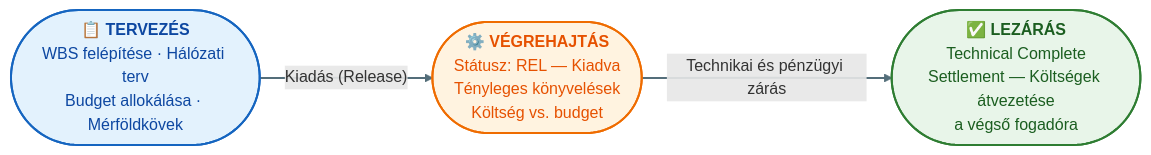
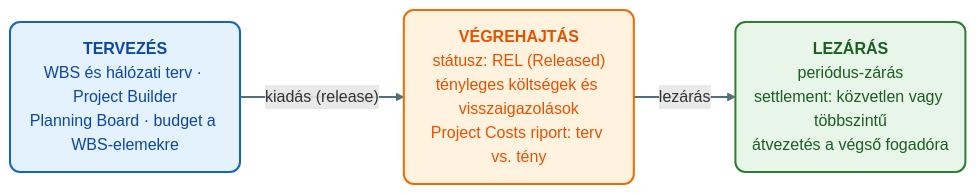
The second of 4 diagrams in Tételek/V15-GMXIV2MBLF-ERP projektmenedzsment és üzemeltetés.tétel.md (denespocsik/MM_BSC_Zarovizsga), drawn with Mermaid before and after one commit. The commit also changed other lines of this file and 2 other files, not shown here.

````diff
--- a/Tételek/V15-GMXIV2MBLF-ERP projektmenedzsment és üzemeltetés.tétel.md
+++ b/Tételek/V15-GMXIV2MBLF-ERP projektmenedzsment és üzemeltetés.tétel.md
@@ -91,15 +97,15 @@
 ```mermaid
 flowchart LR
-    T(["📋 <b>TERVEZÉS</b><br/>WBS felépítése · Hálózati terv<br/>Budget allokálása · Mérföldkövek"]):::kek
-    V(["⚙️ <b>VÉGREHAJTÁS</b><br/>Státusz: REL — Kiadva<br/>Tényleges könyvelések<br/>Költség vs. budget"]):::narancs
-    L(["✅ <b>LEZÁRÁS</b><br/>Technical Complete<br/>Settlement — Költségek átvezetése<br/>a végső fogadóra"]):::zold
+    T("<b>TERVEZÉS</b><br/>WBS és hálózati terv · Project Builder<br/>Planning Board · budget a WBS-elemekre"):::kek
+    V("<b>VÉGREHAJTÁS</b><br/>státusz: REL (Released)<br/>tényleges költségek és visszaigazolások<br/>Project Costs riport: terv vs. tény"):::narancs
+    L("<b>LEZÁRÁS</b><br/>periódus-zárás<br/>settlement: közvetlen vagy többszintű<br/>átvezetés a végső fogadóra"):::zold
 
-    T -->|"Kiadás (Release)"| V
-    V -->|"Technikai és pénzügyi zárás"| L
+    T -->|"kiadás (release)"| V
+    V -->|"lezárás"| L
 
     classDef kek     fill:#e3f2fd,stroke:#1565c0,stroke-width:2px,color:#0d47a1,rx:10,ry:10;
     classDef zold    fill:#e8f5e9,stroke:#2e7d32,stroke-width:2px,color:#1b5e20,rx:10,ry:10;
     classDef narancs fill:#fff3e0,stroke:#ef6c00,stroke-width:2px,color:#e65100,rx:10,ry:10;
 
     linkStyle default stroke:#546e7a,stroke-width:2px;
 ```
````
